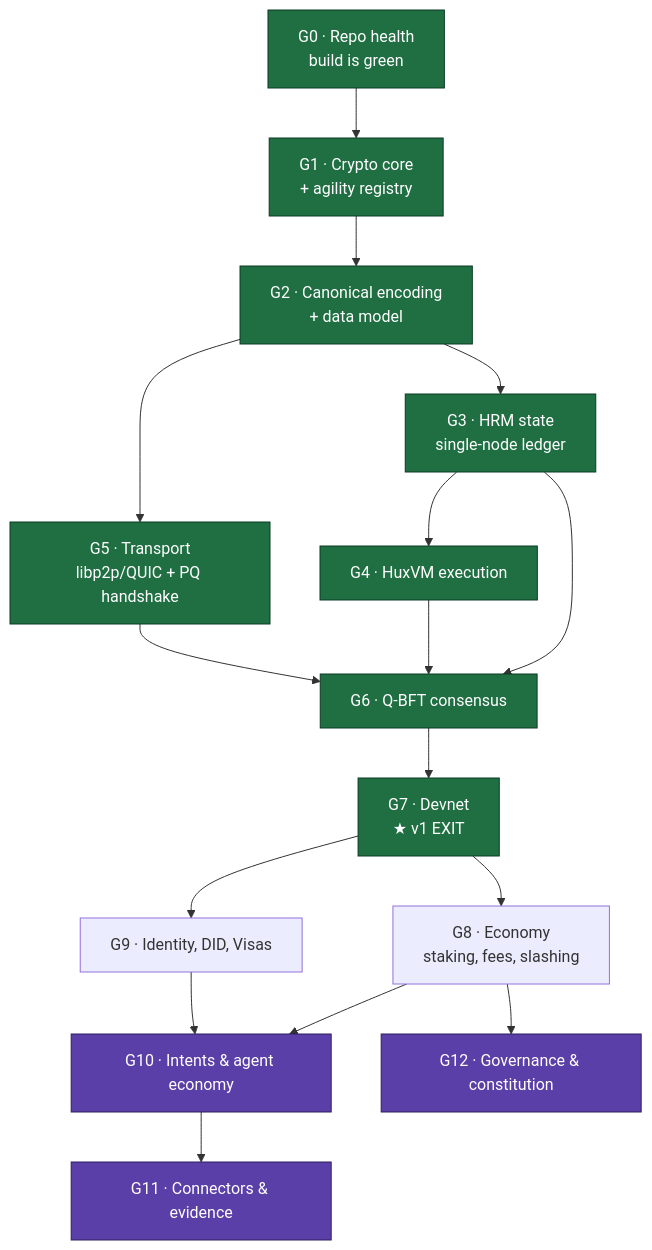
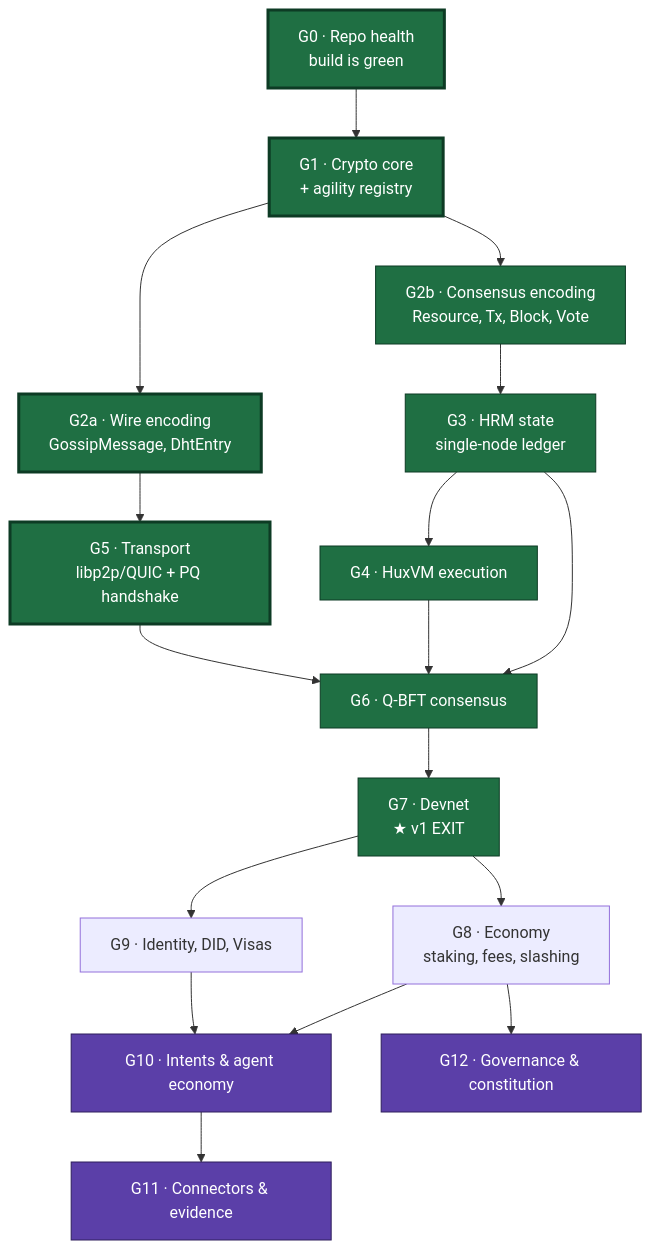
Before and after one commit to ArunBabu98/huxplex: the diagram in docs/16-action-plan.md, drawn with Mermaid. The commit also changed other lines of this file and 15 other files, not shown here.

````diff
--- a/docs/16-action-plan.md
+++ b/docs/16-action-plan.md
@@ -73,23 +75,26 @@
 ```mermaid
 graph TD
     G0["G0 · Repo health<br/>build is green"] --> G1["G1 · Crypto core<br/>+ agility registry"]
-    G1 --> G2["G2 · Canonical encoding<br/>+ data model"]
-    G2 --> G3["G3 · HRM state<br/>single-node ledger"]
-    G2 --> G5["G5 · Transport<br/>libp2p/QUIC + PQ handshake"]
+    G1 --> G2A["G2a · Wire encoding<br/>GossipMessage, DhtEntry"]
+    G1 --> G2B["G2b · Consensus encoding<br/>Resource, Tx, Block, Vote"]
+    G2B --> G3["G3 · HRM state<br/>single-node ledger"]
+    G2A --> G5["G5 · Transport<br/>libp2p/QUIC + PQ handshake"]
     G3 --> G4["G4 · HuxVM execution"]
     G3 --> G6
     G4 --> G6["G6 · Q-BFT consensus"]
     G5 --> G6
     G6 --> G7["G7 · Devnet<br/>★ v1 EXIT"]
     G7 --> G8["G8 · Economy<br/>staking, fees, slashing"]
     G7 --> G9["G9 · Identity, DID, Visas"]
     G8 --> G10
     G9 --> G10["G10 · Intents & agent economy"]
     G10 --> G11["G11 · Connectors & evidence"]
     G8 --> G12["G12 · Governance & constitution"]
 
     classDef v1 fill:#1f6f43,stroke:#0d3b24,color:#fff
+    classDef l0 fill:#1f6f43,stroke:#0d3b24,color:#fff,stroke-width:3px
     classDef north fill:#5b3fa8,stroke:#2f1f5c,color:#fff
-    class G0,G1,G2,G3,G4,G5,G6,G7 v1
+    class G0,G1,G2A,G2B,G3,G4,G5,G6,G7 v1
+    class G0,G1,G2A,G5 l0
     class G10,G11,G12 north
 ```
````
